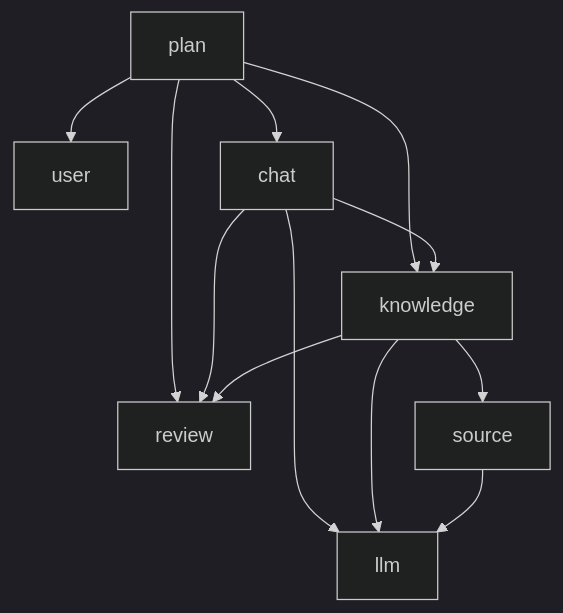
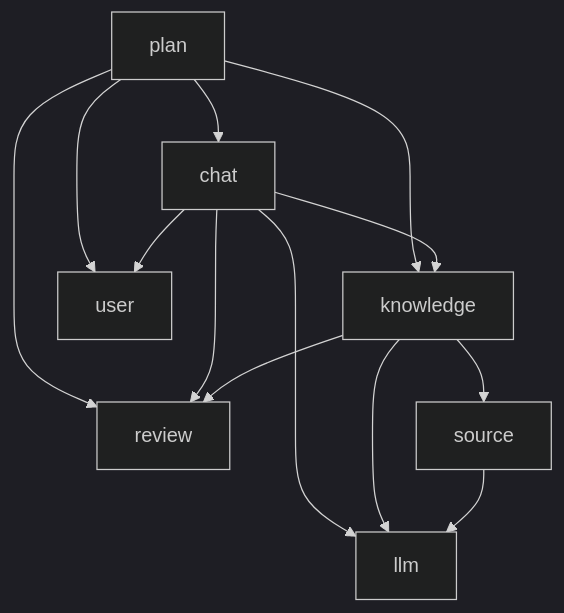
Before and after one commit to lemon111345/wengu-learn: the second of 2 diagrams in docs/tech-design.md, drawn with Mermaid (dark theme). The commit also changed other lines of this file and 4 other files, not shown here.

Commit message:
docs: 决策 026 评分与调度；决策 002 增加 chat → user，决策 003 补 fuzz 随机数的固定方式；技术方案补评分接口、三张表和关键决策，划掉已实现的需求；实验代码注明正式版本的位置（#20）

````diff
--- a/docs/tech-design.md
+++ b/docs/tech-design.md
@@ -68,14 +68,15 @@
 ```mermaid
 flowchart TB
     plan --> knowledge
     plan --> review
     plan --> user
     plan --> chat
     chat --> knowledge
     chat --> llm
     chat --> review
+    chat --> user
     knowledge --> source
     knowledge --> llm
     knowledge --> review
     source --> llm
 ```
````
